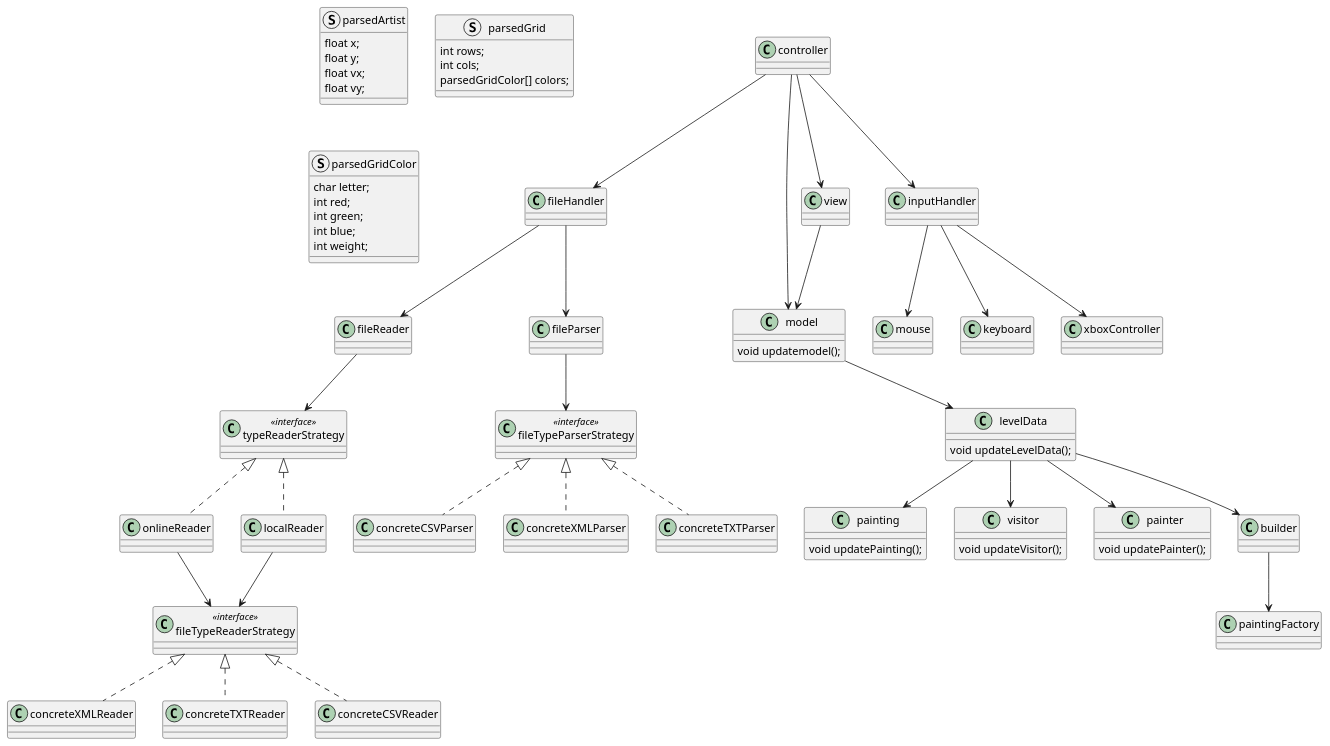
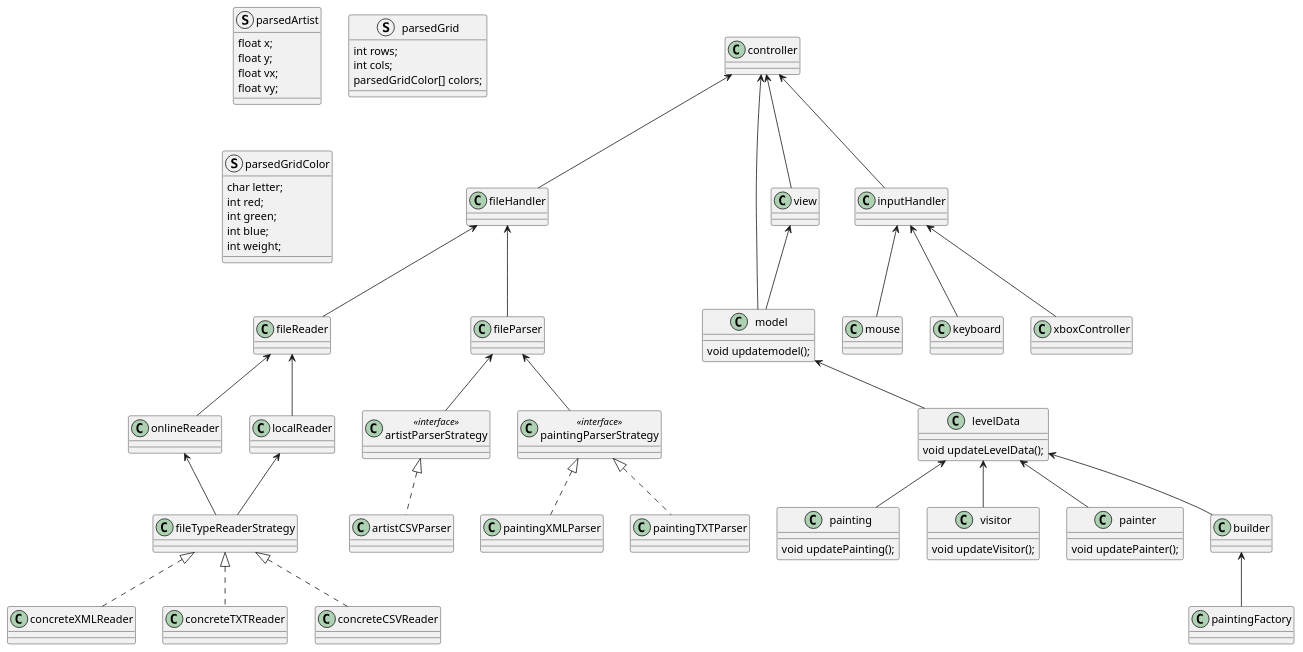
The diagram in classDiagram.puml (heavydragon99/AlgaDepa_Assesment), drawn with PlantUML before and after one commit.

Commit message:
Update file handler classes

```diff
--- a/classDiagram.puml
+++ b/classDiagram.puml
@@ -1,164 +1,162 @@
 @startuml
 
 class fileHandler {
 }
 
 class fileReader {
 }
 
 class fileParser {
 }
 
-class fileTypeReaderStrategy <<interface>>{
+class artistParserStrategy <<interface>>{
 
 }
 
-class typeReaderStrategy <<interface>>{
+class paintingParserStrategy <<interface>>{
 
 }
 
-class fileTypeParserStrategy <<interface>>{
 
+class artistCSVParser{ 
 }
 
-class concreteCSVParser {
+class paintingXMLParser {
 }
 
-class concreteXMLParser {
-}
-
-class concreteTXTParser {
+class paintingTXTParser {
 }
 
 class onlineReader {
 
 }
 
 class localReader {
 }
 
 class concreteXMLReader {
 }
 
 class concreteTXTReader {
 }
 
 class concreteCSVReader {
 }
 
 class controller{
 
 }
 
 class model{
     void updatemodel();
 }
 
 class levelData{
     void updateLevelData();
 }
 
 class painting{
     void updatePainting();
 }
 
 class visitor{
     void updateVisitor();
 }
 
 class painter{
     void updatePainter();
 }
 
 class inputHandler{
 }
 
 class mouse{
     ' use 3rd party library to get mouse coordinates and translate to generic data
 }
 
 class keyboard{
     ' use 3rd party library to get keyboard input and translate to generic data
 }
 
 class xboxController{
     ' use 3rd party library to get xbox controller input and translate to generic data
 }
 
 class builder{}
 
 class paintingFactory{}
 
 class view{}
 
 struct parsedArtist{
     float x;
     float y;
     float vx;
     float vy;
 }
 
 ' vector<char> parsedPainting()
 
 struct parsedGrid{
     int rows;
     int cols;
     parsedGridColor[] colors;
 
 }
 
 struct parsedGridColor{
     char letter;
     int red;
     int green;
     int blue;
     int weight;
 }
 
 
-controller --> fileHandler
-controller --> model
-controller --> inputHandler
-controller --> view
-view --> model
+controller <-- fileHandler
+controller <-- model
+controller <-- inputHandler
+controller <-- view
+view <-- model
 
 ' model
-model --> levelData
-levelData --> painting
-levelData --> visitor
-levelData --> painter
+model <-- levelData
+levelData <-- painting
+levelData <-- visitor
+levelData <-- painter
 
-levelData --> builder
+levelData <-- builder
 
-builder --> paintingFactory
+builder <-- paintingFactory
 
 
 ' filehandler
-fileHandler --> fileReader
+fileHandler <-- fileReader
 
 ' Reader
-fileReader --> typeReaderStrategy
+fileReader <-- onlineReader
+fileReader <-- localReader
 
-typeReaderStrategy <|.. onlineReader
-typeReaderStrategy <|.. localReader
 
-onlineReader --> fileTypeReaderStrategy
-localReader --> fileTypeReaderStrategy
+onlineReader <-- fileTypeReaderStrategy
+localReader <-- fileTypeReaderStrategy
 
 fileTypeReaderStrategy <|.. concreteXMLReader
 fileTypeReaderStrategy <|.. concreteTXTReader
 fileTypeReaderStrategy <|.. concreteCSVReader
 
 ' Parser
-fileHandler --> fileParser
-fileParser --> fileTypeParserStrategy
-fileTypeParserStrategy <|.. concreteCSVParser
-fileTypeParserStrategy <|.. concreteXMLParser
-fileTypeParserStrategy <|.. concreteTXTParser
+fileHandler <-- fileParser
+fileParser <-- artistParserStrategy
+fileParser <-- paintingParserStrategy
+
+artistParserStrategy <|.. artistCSVParser
+paintingParserStrategy <|.. paintingTXTParser
+paintingParserStrategy <|.. paintingXMLParser
 
 
 ' inputHandler
-inputHandler --> mouse
-inputHandler --> keyboard
-inputHandler --> xboxController
+inputHandler <-- mouse
+inputHandler <-- keyboard
+inputHandler <-- xboxController
 @enduml
```
